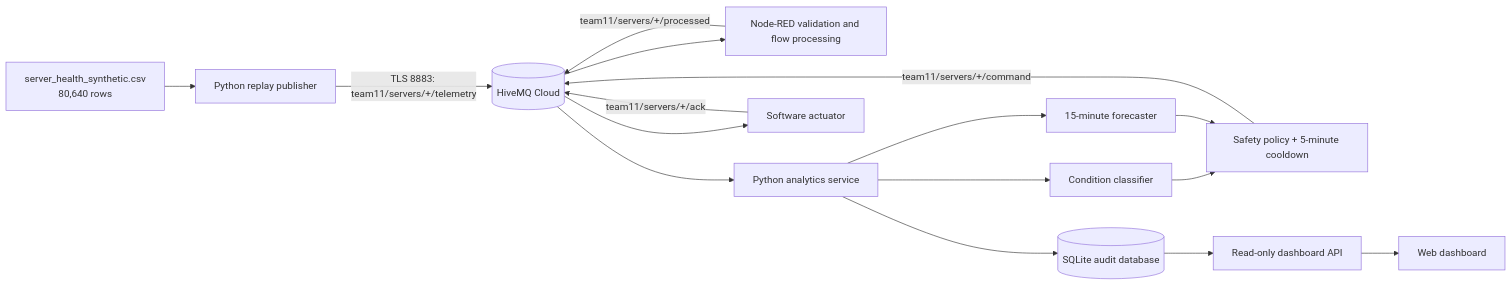
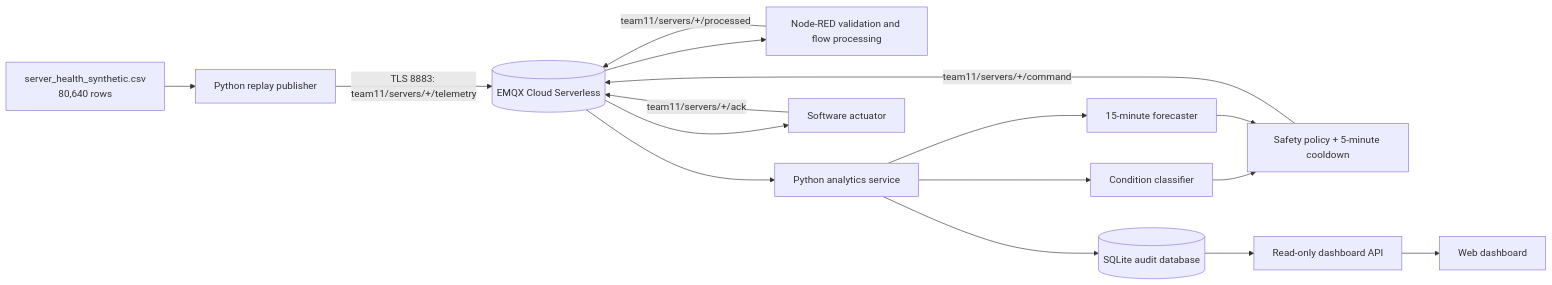
The diagram in docs/architecture.md (siddarth2304/Team11-IOT-Server-Health), drawn with Mermaid before and after one commit. The commit also changed other lines of this file and 12 other files, not shown here.

Commit message:
Add EMQX Cloud Serverless deployment

````diff
--- a/docs/architecture.md
+++ b/docs/architecture.md
@@ -5,18 +5,18 @@
 ```mermaid
 flowchart LR
   CSV[server_health_synthetic.csv\n80,640 rows] --> RP[Python replay publisher]
-  RP -->|TLS 8883: team11/servers/+/telemetry| MQ[(HiveMQ Cloud)]
+  RP -->|TLS 8883: team11/servers/+/telemetry| MQ[(EMQX Cloud Serverless)]
   MQ --> NR[Node-RED validation and flow processing]
   NR -->|team11/servers/+/processed| MQ
   MQ --> ML[Python analytics service]
   ML --> C[Condition classifier]
   ML --> F[15-minute forecaster]
   C --> P[Safety policy + 5-minute cooldown]
   F --> P
   ML --> DB[(SQLite audit database)]
   P -->|team11/servers/+/command| MQ
   MQ --> ACT[Software actuator]
   ACT -->|team11/servers/+/ack| MQ
   DB --> API[Read-only dashboard API]
   API --> UI[Web dashboard]
 ```
````
